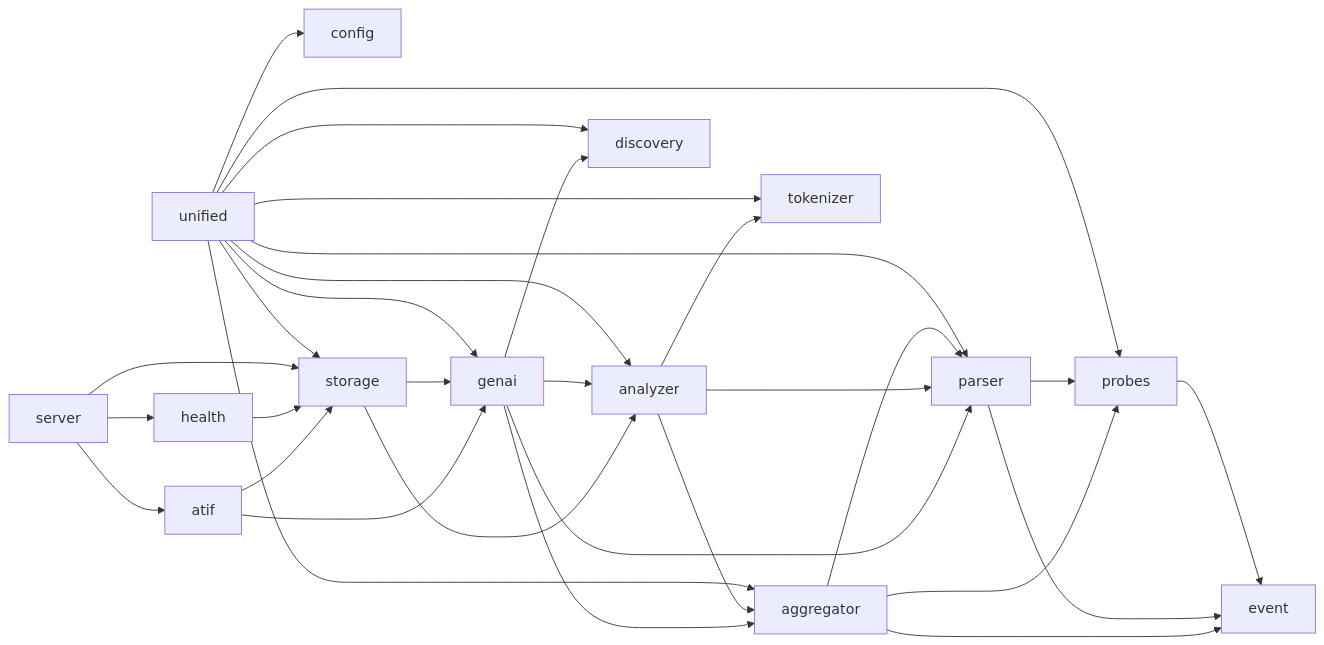
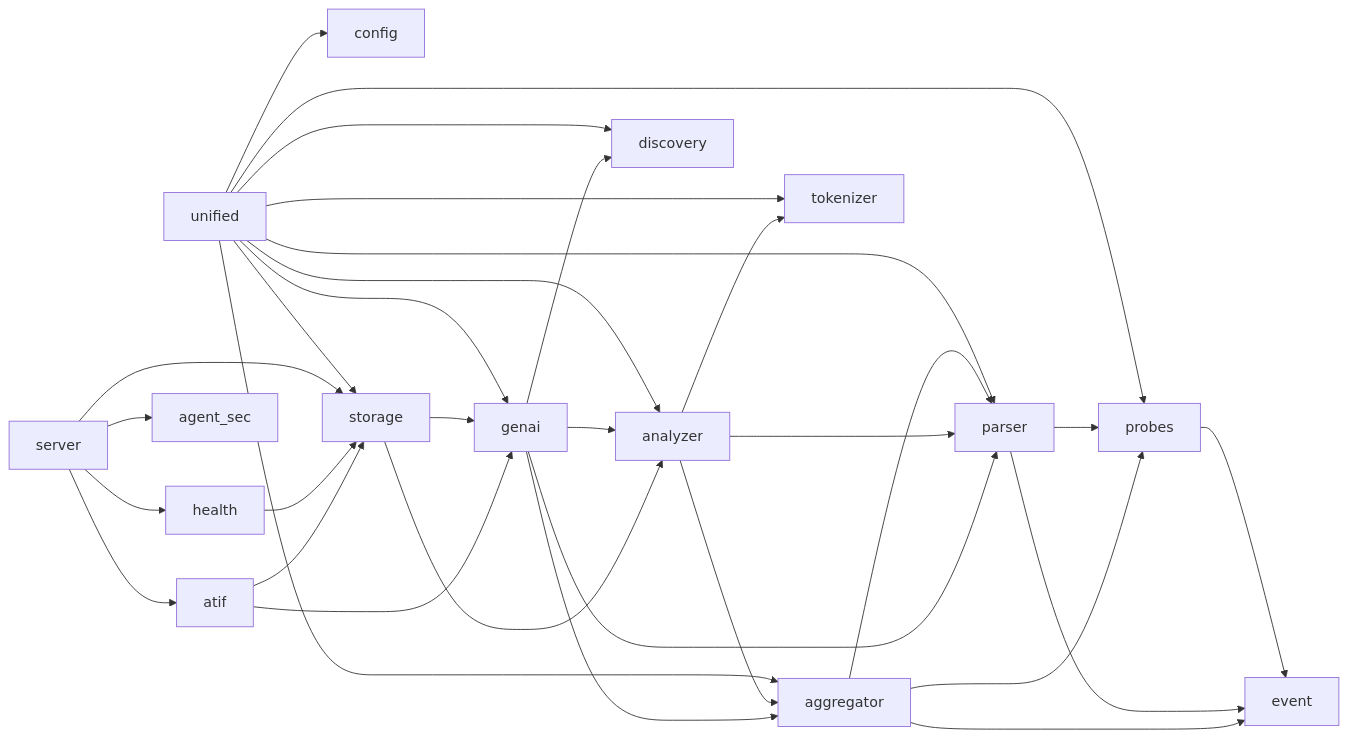
The second of 3 diagrams in src/agentsight/docs/ARCHITECTURE.md (moli0118/anolisa), drawn with Mermaid before and after one commit. The commit also changed other lines of this file and 6 other files, not shown here.

````diff
--- a/src/agentsight/docs/ARCHITECTURE.md
+++ b/src/agentsight/docs/ARCHITECTURE.md
@@ -95,49 +95,51 @@
 ```mermaid
 graph LR
     config[config]
     probes[probes]
     event[event]
     parser[parser]
     aggregator[aggregator]
     analyzer[analyzer]
     tokenizer[tokenizer]
     genai[genai]
     storage[storage]
     discovery[discovery]
     health[health]
     atif[atif]
+    agent_sec[agent_sec]
     server[server]
     unified[unified]
 
     unified --> config
     unified --> probes
     unified --> parser
     unified --> aggregator
     unified --> analyzer
     unified --> genai
     unified --> storage
     unified --> discovery
     unified --> tokenizer
 
     probes --> event
     parser --> probes
     parser --> event
     aggregator --> parser
     aggregator --> probes
     aggregator --> event
     analyzer --> aggregator
     analyzer --> tokenizer
     analyzer --> parser
     genai --> analyzer
     genai --> discovery
     genai --> aggregator
     genai --> parser
     storage --> analyzer
     storage --> genai
     server --> storage
     server --> health
     server --> atif
+    server --> agent_sec
     health --> storage
     atif --> genai
     atif --> storage
 ```
````
